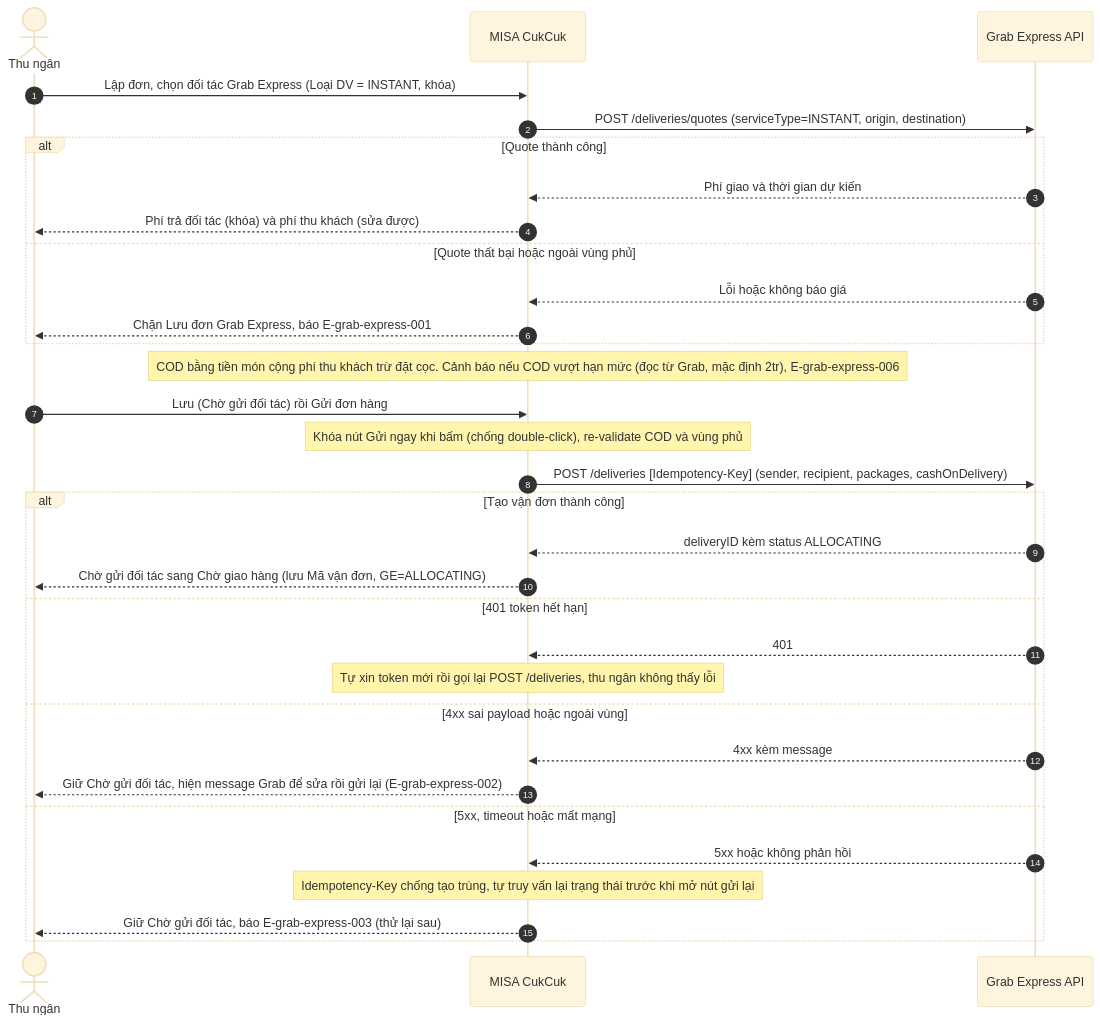
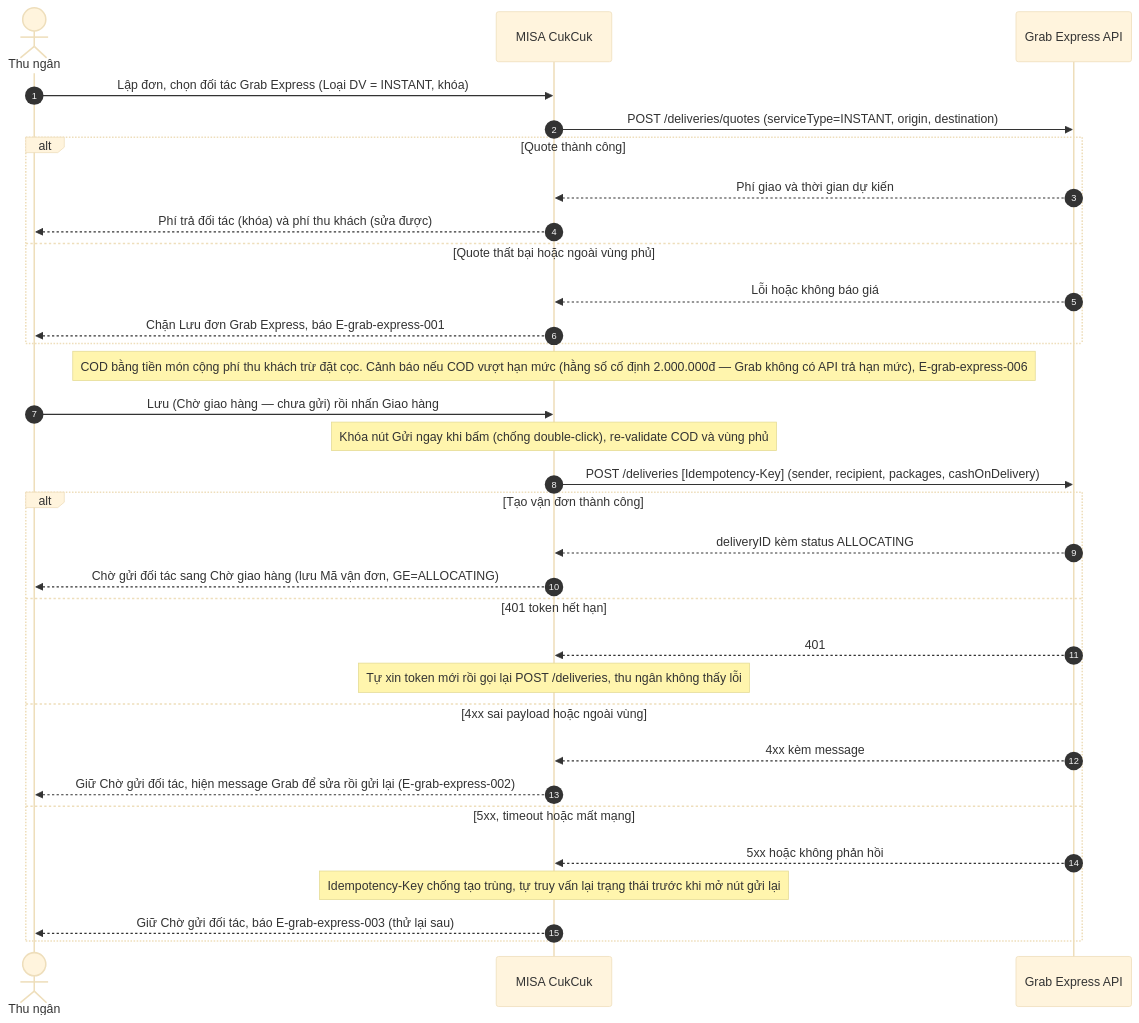
One commit to phamhang240100/misa-cukcuk changed the second of 4 diagrams in Cukcuk/grab-express-integration/Specs/sequence/grab-express-flows.md. Above: the diagram before and after it, drawn with Mermaid (base theme). The commit also changed 16 other files, not shown here.

First line of the commit message:
Grab Express: XMind luồng mới + đồng bộ Specs theo 4 nguồn chuẩn

````diff
--- a/Cukcuk/grab-express-integration/Specs/sequence/grab-express-flows.md
+++ b/Cukcuk/grab-express-integration/Specs/sequence/grab-express-flows.md
@@ -47,39 +47,39 @@
 ```mermaid
 sequenceDiagram
     autonumber
     actor ND as Thu ngân
     participant CUK as MISA CukCuk
     participant GE as Grab Express API
 
     ND->>CUK: Lập đơn, chọn đối tác Grab Express (Loại DV = INSTANT, khóa)
     CUK->>GE: POST /deliveries/quotes (serviceType=INSTANT, origin, destination)
 
     alt Quote thành công
         GE-->>CUK: Phí giao và thời gian dự kiến
         CUK-->>ND: Phí trả đối tác (khóa) và phí thu khách (sửa được)
     else Quote thất bại hoặc ngoài vùng phủ
         GE-->>CUK: Lỗi hoặc không báo giá
         CUK-->>ND: Chặn Lưu đơn Grab Express, báo E-grab-express-001
     end
 
-    Note over CUK: COD bằng tiền món cộng phí thu khách trừ đặt cọc. Cảnh báo nếu COD vượt hạn mức (đọc từ Grab, mặc định 2tr), E-grab-express-006
+    Note over CUK: COD bằng tiền món cộng phí thu khách trừ đặt cọc. Cảnh báo nếu COD vượt hạn mức (hằng số cố định 2.000.000đ — Grab không có API trả hạn mức), E-grab-express-006
 
-    ND->>CUK: Lưu (Chờ gửi đối tác) rồi Gửi đơn hàng
+    ND->>CUK: Lưu (Chờ giao hàng — chưa gửi) rồi nhấn Giao hàng
     Note over CUK: Khóa nút Gửi ngay khi bấm (chống double-click), re-validate COD và vùng phủ
     CUK->>GE: POST /deliveries [Idempotency-Key] (sender, recipient, packages, cashOnDelivery)
 
     alt Tạo vận đơn thành công
         GE-->>CUK: deliveryID kèm status ALLOCATING
         CUK-->>ND: Chờ gửi đối tác sang Chờ giao hàng (lưu Mã vận đơn, GE=ALLOCATING)
     else 401 token hết hạn
         GE-->>CUK: 401
         Note over CUK: Tự xin token mới rồi gọi lại POST /deliveries, thu ngân không thấy lỗi
     else 4xx sai payload hoặc ngoài vùng
         GE-->>CUK: 4xx kèm message
         CUK-->>ND: Giữ Chờ gửi đối tác, hiện message Grab để sửa rồi gửi lại (E-grab-express-002)
     else 5xx, timeout hoặc mất mạng
         GE-->>CUK: 5xx hoặc không phản hồi
         Note over CUK: Idempotency-Key chống tạo trùng, tự truy vấn lại trạng thái trước khi mở nút gửi lại
         CUK-->>ND: Giữ Chờ gửi đối tác, báo E-grab-express-003 (thử lại sau)
     end
 ```
````
